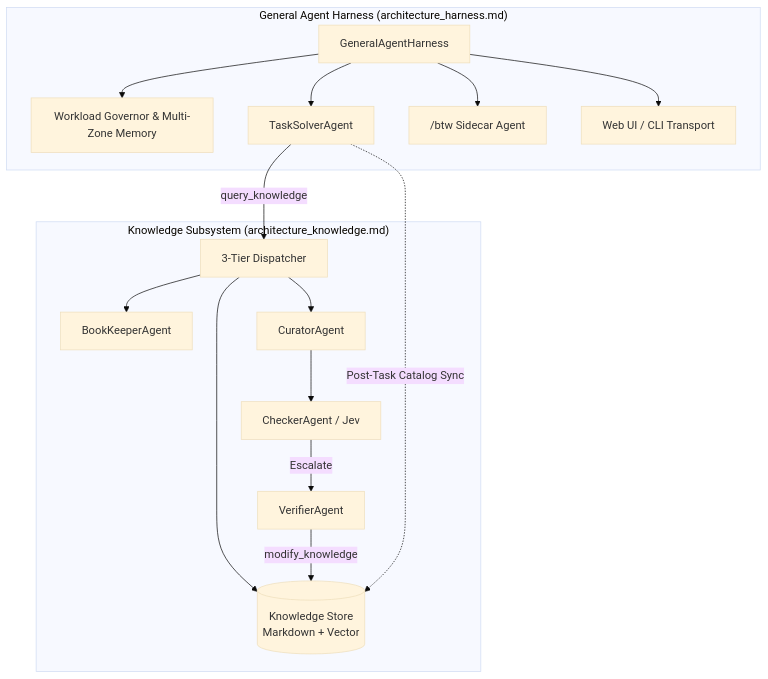
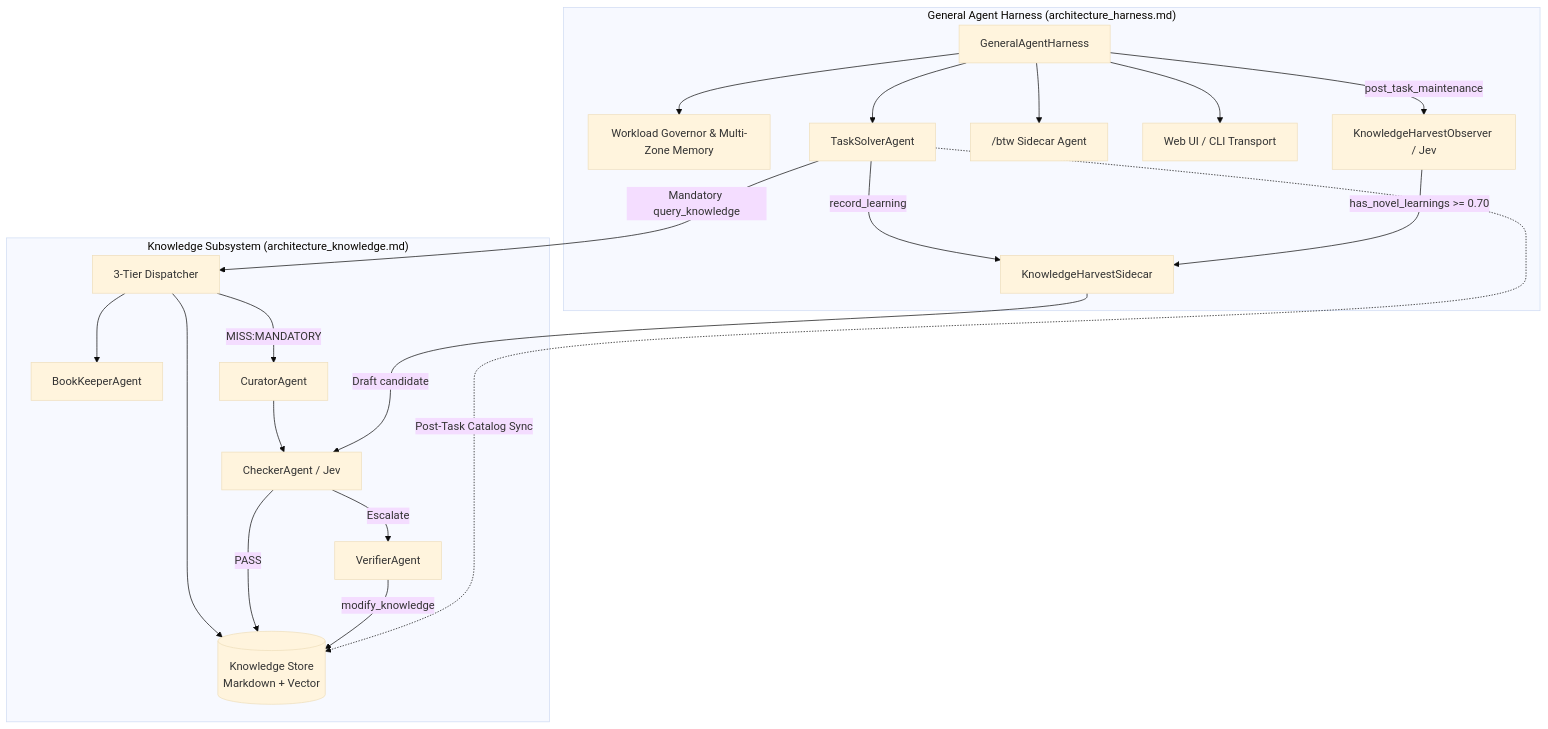
One commit to lhwdev/libhippo changed the diagram in architecture.md. Above: the diagram before and after it, drawn with Mermaid (base theme). The commit also changed other lines of this file and 22 other files, not shown here.

Commit message:
feat(agent): improved general harness - enforces using knowledge - add harvest_sidecar

````diff
--- a/architecture.md
+++ b/architecture.md
@@ -67,21 +73,26 @@
 ```mermaid
 flowchart TD
     subgraph Harness["General Agent Harness (architecture_harness.md)"]
         H[GeneralAgentHarness] --> G[Workload Governor & Multi-Zone Memory]
         H --> TS[TaskSolverAgent]
         H --> SC["/btw Sidecar Agent"]
         H --> Web["Web UI / CLI Transport"]
+        TS -->|record_learning| HS[KnowledgeHarvestSidecar]
+        H -->|post_task_maintenance| HO[KnowledgeHarvestObserver / Jev]
+        HO -->|has_novel_learnings >= 0.70| HS
     end
 
     subgraph Knowledge["Knowledge Subsystem (architecture_knowledge.md)"]
-        TS -->|query_knowledge| QD[3-Tier Dispatcher]
+        TS -->|Mandatory query_knowledge| QD[3-Tier Dispatcher]
         QD --> KS[(Knowledge Store<br>Markdown + Vector)]
         QD --> BK[BookKeeperAgent]
-        QD --> CU[CuratorAgent]
+        QD -->|MISS:MANDATORY| CU[CuratorAgent]
         CU --> CH[CheckerAgent / Jev]
+        HS -->|Draft candidate| CH
         CH -->|Escalate| VA[VerifierAgent]
+        CH -->|PASS| KS
         VA -->|modify_knowledge| KS
     end
 
     TS -.->|Post-Task Catalog Sync| KS
 ```
````
